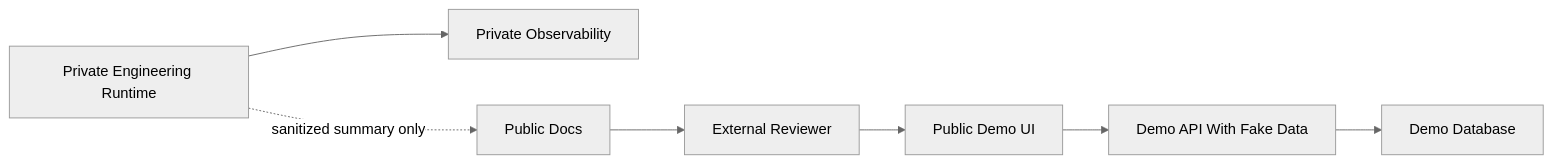
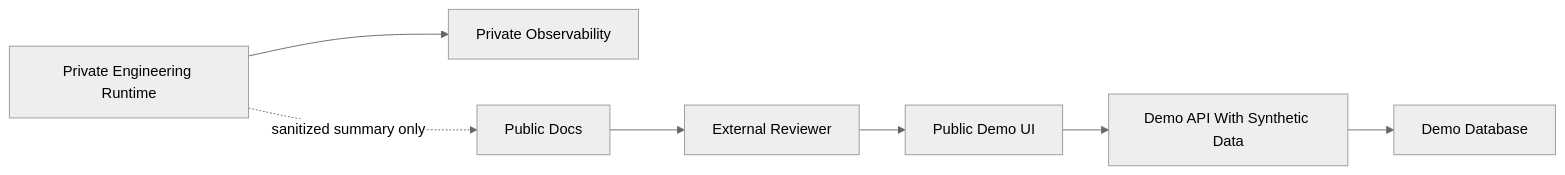
One commit to AlexGerlitz/drivedesk-core changed the eighth of 8 diagrams in docs/public/ARCHITECTURE_DIAGRAMS.md. Above: the diagram before and after it, drawn with Mermaid (neutral theme). The commit also changed 30 other files, not shown here.

Commit message:
Polish public synthetic data wording

````diff
--- a/docs/public/ARCHITECTURE_DIAGRAMS.md
+++ b/docs/public/ARCHITECTURE_DIAGRAMS.md
@@ -123,10 +123,10 @@
 ```mermaid
 flowchart LR
   Visitor["External Reviewer"] --> PublicDemo["Public Demo UI"]
-  PublicDemo --> DemoAPI["Demo API With Fake Data"]
+  PublicDemo --> DemoAPI["Demo API With Synthetic Data"]
   DemoAPI --> DemoDB["Demo Database"]
 
   PrivateRuntime["Private Engineering Runtime"] --> PrivateObservability["Private Observability"]
   PrivateRuntime -. "sanitized summary only" .-> PublicDocs["Public Docs"]
   PublicDocs --> Visitor
 ```
````
